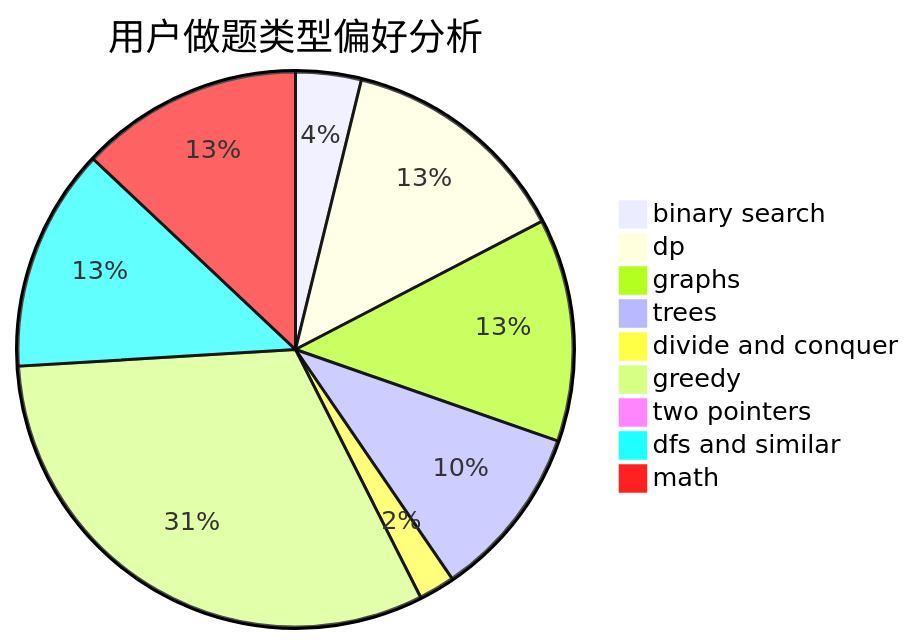
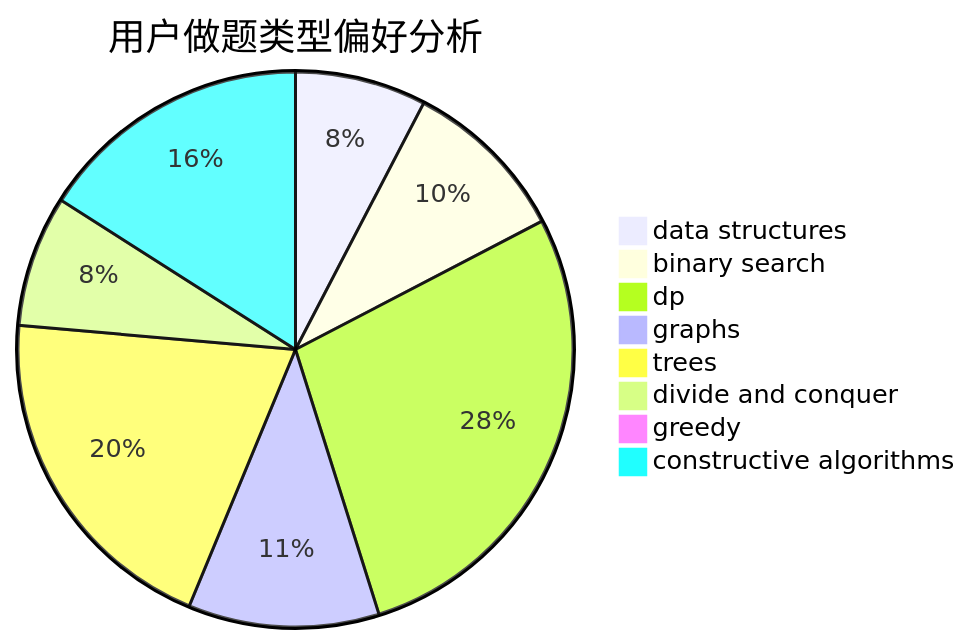
One commit to sherpahu/cfrs.github.io changed the second of 3 diagrams in docs/user/u1848.md. Above: the diagram before and after it, drawn with Mermaid. The commit also changed other lines of this file and 2775 other files, not shown here.

````diff
--- a/docs/user/u1848.md
+++ b/docs/user/u1848.md
@@ -23,12 +23,11 @@
 ```mermaid
 pie title 用户做题类型偏好分析
-    "binary search" :  20
-    "dp" :  71
-    "graphs" :  68
-    "trees" :  53
+    "data structures" :  11
+    "binary search" :  14
+    "dp" :  40
+    "graphs" :  16
+    "trees" :  29
     "divide and conquer" :  11
-    "greedy" :  165
-    "two pointers" :  4
-    "dfs and similar" :  68
-    "math" :  68
+    "greedy" :  0
+    "constructive algorithms" :  23
 ```
````
